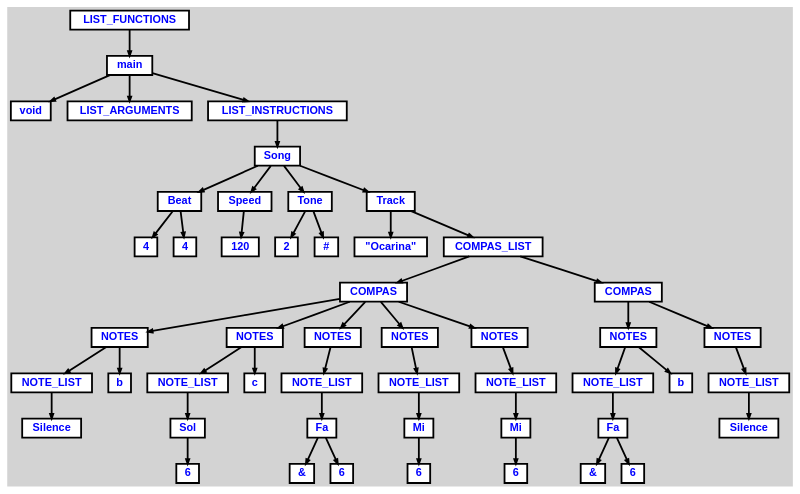
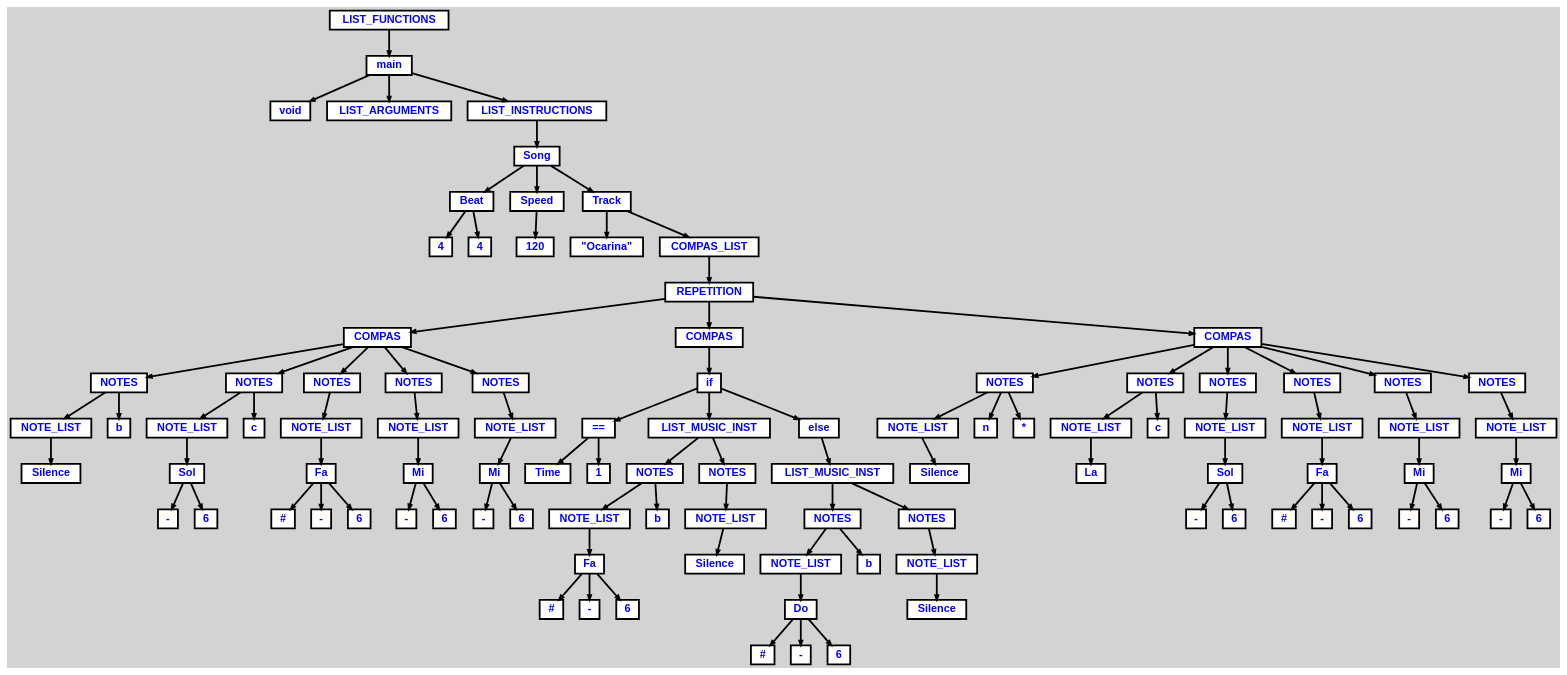
Before and after one commit to mariofv/A-Music-Language: the diagram in tree.dot, drawn with Graphviz. The commit also changed 9 other files, not shown here.

```diff
--- a/tree.dot
+++ b/tree.dot
@@ -22,38 +22,38 @@
   n9 [label="Speed"];
   n9 [label="Speed"];
   n10 [label="120"];
-  n11 [label="Tone"];
-  n11 [label="Tone"];
-  n12 [label="2"];
-  n13 [label="#"];
-  n14 [label="Track"];
-  n14 [label="Track"];
-  n15 [label="\"Ocarina\""];
-  n16 [label="COMPAS_LIST"];
-  n16 [label="COMPAS_LIST"];
-  n17 [label="COMPAS"];
-  n17 [label="COMPAS"];
-  n18 [label="NOTES"];
-  n18 [label="NOTES"];
-  n19 [label="NOTE_LIST"];
-  n19 [label="NOTE_LIST"];
-  n20 [label="Silence"];
-  n21 [label="b"];
-  n22 [label="NOTES"];
-  n22 [label="NOTES"];
-  n23 [label="NOTE_LIST"];
-  n23 [label="NOTE_LIST"];
-  n24 [label="Sol"];
-  n24 [label="Sol"];
-  n25 [label="6"];
-  n26 [label="c"];
-  n27 [label="NOTES"];
-  n27 [label="NOTES"];
-  n28 [label="NOTE_LIST"];
-  n28 [label="NOTE_LIST"];
-  n29 [label="Fa"];
-  n29 [label="Fa"];
-  n30 [label="&"];
+  n11 [label="Track"];
+  n11 [label="Track"];
+  n12 [label="\"Ocarina\""];
+  n13 [label="COMPAS_LIST"];
+  n13 [label="COMPAS_LIST"];
+  n14 [label="REPETITION"];
+  n14 [label="REPETITION"];
+  n15 [label="COMPAS"];
+  n15 [label="COMPAS"];
+  n16 [label="NOTES"];
+  n16 [label="NOTES"];
+  n17 [label="NOTE_LIST"];
+  n17 [label="NOTE_LIST"];
+  n18 [label="Silence"];
+  n19 [label="b"];
+  n20 [label="NOTES"];
+  n20 [label="NOTES"];
+  n21 [label="NOTE_LIST"];
+  n21 [label="NOTE_LIST"];
+  n22 [label="Sol"];
+  n22 [label="Sol"];
+  n23 [label="-"];
+  n24 [label="6"];
+  n25 [label="c"];
+  n26 [label="NOTES"];
+  n26 [label="NOTES"];
+  n27 [label="NOTE_LIST"];
+  n27 [label="NOTE_LIST"];
+  n28 [label="Fa"];
+  n28 [label="Fa"];
+  n29 [label="#"];
+  n30 [label="-"];
   n31 [label="6"];
   n32 [label="NOTES"];
   n32 [label="NOTES"];
@@ -61,30 +61,108 @@
   n33 [label="NOTE_LIST"];
   n34 [label="Mi"];
   n34 [label="Mi"];
-  n35 [label="6"];
-  n36 [label="NOTES"];
-  n36 [label="NOTES"];
-  n37 [label="NOTE_LIST"];
-  n37 [label="NOTE_LIST"];
-  n38 [label="Mi"];
-  n38 [label="Mi"];
-  n39 [label="6"];
-  n40 [label="COMPAS"];
-  n40 [label="COMPAS"];
-  n41 [label="NOTES"];
-  n41 [label="NOTES"];
-  n42 [label="NOTE_LIST"];
-  n42 [label="NOTE_LIST"];
-  n43 [label="Fa"];
-  n43 [label="Fa"];
-  n44 [label="&"];
-  n45 [label="6"];
-  n46 [label="b"];
-  n47 [label="NOTES"];
-  n47 [label="NOTES"];
-  n48 [label="NOTE_LIST"];
-  n48 [label="NOTE_LIST"];
-  n49 [label="Silence"];
+  n35 [label="-"];
+  n36 [label="6"];
+  n37 [label="NOTES"];
+  n37 [label="NOTES"];
+  n38 [label="NOTE_LIST"];
+  n38 [label="NOTE_LIST"];
+  n39 [label="Mi"];
+  n39 [label="Mi"];
+  n40 [label="-"];
+  n41 [label="6"];
+  n42 [label="COMPAS"];
+  n42 [label="COMPAS"];
+  n43 [label="if"];
+  n43 [label="if"];
+  n44 [label="=="];
+  n44 [label="=="];
+  n45 [label="Time"];
+  n46 [label="1"];
+  n47 [label="LIST_MUSIC_INST"];
+  n47 [label="LIST_MUSIC_INST"];
+  n48 [label="NOTES"];
+  n48 [label="NOTES"];
+  n49 [label="NOTE_LIST"];
+  n49 [label="NOTE_LIST"];
+  n50 [label="Fa"];
+  n50 [label="Fa"];
+  n51 [label="#"];
+  n52 [label="-"];
+  n53 [label="6"];
+  n54 [label="b"];
+  n55 [label="NOTES"];
+  n55 [label="NOTES"];
+  n56 [label="NOTE_LIST"];
+  n56 [label="NOTE_LIST"];
+  n57 [label="Silence"];
+  n58 [label="else"];
+  n58 [label="else"];
+  n59 [label="LIST_MUSIC_INST"];
+  n59 [label="LIST_MUSIC_INST"];
+  n60 [label="NOTES"];
+  n60 [label="NOTES"];
+  n61 [label="NOTE_LIST"];
+  n61 [label="NOTE_LIST"];
+  n62 [label="Do"];
+  n62 [label="Do"];
+  n63 [label="#"];
+  n64 [label="-"];
+  n65 [label="6"];
+  n66 [label="b"];
+  n67 [label="NOTES"];
+  n67 [label="NOTES"];
+  n68 [label="NOTE_LIST"];
+  n68 [label="NOTE_LIST"];
+  n69 [label="Silence"];
+  n70 [label="COMPAS"];
+  n70 [label="COMPAS"];
+  n71 [label="NOTES"];
+  n71 [label="NOTES"];
+  n72 [label="NOTE_LIST"];
+  n72 [label="NOTE_LIST"];
+  n73 [label="Silence"];
+  n74 [label="n"];
+  n75 [label="*"];
+  n76 [label="NOTES"];
+  n76 [label="NOTES"];
+  n77 [label="NOTE_LIST"];
+  n77 [label="NOTE_LIST"];
+  n78 [label="La"];
+  n79 [label="c"];
+  n80 [label="NOTES"];
+  n80 [label="NOTES"];
+  n81 [label="NOTE_LIST"];
+  n81 [label="NOTE_LIST"];
+  n82 [label="Sol"];
+  n82 [label="Sol"];
+  n83 [label="-"];
+  n84 [label="6"];
+  n85 [label="NOTES"];
+  n85 [label="NOTES"];
+  n86 [label="NOTE_LIST"];
+  n86 [label="NOTE_LIST"];
+  n87 [label="Fa"];
+  n87 [label="Fa"];
+  n88 [label="#"];
+  n89 [label="-"];
+  n90 [label="6"];
+  n91 [label="NOTES"];
+  n91 [label="NOTES"];
+  n92 [label="NOTE_LIST"];
+  n92 [label="NOTE_LIST"];
+  n93 [label="Mi"];
+  n93 [label="Mi"];
+  n94 [label="-"];
+  n95 [label="6"];
+  n96 [label="NOTES"];
+  n96 [label="NOTES"];
+  n97 [label="NOTE_LIST"];
+  n97 [label="NOTE_LIST"];
+  n98 [label="Mi"];
+  n98 [label="Mi"];
+  n99 [label="-"];
+  n100 [label="6"];
 
   n0 -> n1 // "LIST_FUNCTIONS" -> "main"
   n1 -> n2 // "main" -> "void"
@@ -96,44 +174,95 @@
   n6 -> n8 // "Beat" -> "4"
   n5 -> n9 // "Song" -> "Speed"
   n9 -> n10 // "Speed" -> "120"
-  n5 -> n11 // "Song" -> "Tone"
-  n11 -> n12 // "Tone" -> "2"
-  n11 -> n13 // "Tone" -> "#"
-  n5 -> n14 // "Song" -> "Track"
-  n14 -> n15 // "Track" -> "\"Ocarina\""
-  n14 -> n16 // "Track" -> "COMPAS_LIST"
-  n16 -> n17 // "COMPAS_LIST" -> "COMPAS"
-  n17 -> n18 // "COMPAS" -> "NOTES"
-  n18 -> n19 // "NOTES" -> "NOTE_LIST"
-  n19 -> n20 // "NOTE_LIST" -> "Silence"
-  n18 -> n21 // "NOTES" -> "b"
-  n17 -> n22 // "COMPAS" -> "NOTES"
-  n22 -> n23 // "NOTES" -> "NOTE_LIST"
-  n23 -> n24 // "NOTE_LIST" -> "Sol"
-  n24 -> n25 // "Sol" -> "6"
-  n22 -> n26 // "NOTES" -> "c"
-  n17 -> n27 // "COMPAS" -> "NOTES"
-  n27 -> n28 // "NOTES" -> "NOTE_LIST"
-  n28 -> n29 // "NOTE_LIST" -> "Fa"
-  n29 -> n30 // "Fa" -> "&"
-  n29 -> n31 // "Fa" -> "6"
-  n17 -> n32 // "COMPAS" -> "NOTES"
+  n5 -> n11 // "Song" -> "Track"
+  n11 -> n12 // "Track" -> "\"Ocarina\""
+  n11 -> n13 // "Track" -> "COMPAS_LIST"
+  n13 -> n14 // "COMPAS_LIST" -> "REPETITION"
+  n14 -> n15 // "REPETITION" -> "COMPAS"
+  n15 -> n16 // "COMPAS" -> "NOTES"
+  n16 -> n17 // "NOTES" -> "NOTE_LIST"
+  n17 -> n18 // "NOTE_LIST" -> "Silence"
+  n16 -> n19 // "NOTES" -> "b"
+  n15 -> n20 // "COMPAS" -> "NOTES"
+  n20 -> n21 // "NOTES" -> "NOTE_LIST"
+  n21 -> n22 // "NOTE_LIST" -> "Sol"
+  n22 -> n23 // "Sol" -> "-"
+  n22 -> n24 // "Sol" -> "6"
+  n20 -> n25 // "NOTES" -> "c"
+  n15 -> n26 // "COMPAS" -> "NOTES"
+  n26 -> n27 // "NOTES" -> "NOTE_LIST"
+  n27 -> n28 // "NOTE_LIST" -> "Fa"
+  n28 -> n29 // "Fa" -> "#"
+  n28 -> n30 // "Fa" -> "-"
+  n28 -> n31 // "Fa" -> "6"
+  n15 -> n32 // "COMPAS" -> "NOTES"
   n32 -> n33 // "NOTES" -> "NOTE_LIST"
   n33 -> n34 // "NOTE_LIST" -> "Mi"
-  n34 -> n35 // "Mi" -> "6"
-  n17 -> n36 // "COMPAS" -> "NOTES"
-  n36 -> n37 // "NOTES" -> "NOTE_LIST"
-  n37 -> n38 // "NOTE_LIST" -> "Mi"
-  n38 -> n39 // "Mi" -> "6"
-  n16 -> n40 // "COMPAS_LIST" -> "COMPAS"
-  n40 -> n41 // "COMPAS" -> "NOTES"
-  n41 -> n42 // "NOTES" -> "NOTE_LIST"
-  n42 -> n43 // "NOTE_LIST" -> "Fa"
-  n43 -> n44 // "Fa" -> "&"
-  n43 -> n45 // "Fa" -> "6"
-  n41 -> n46 // "NOTES" -> "b"
-  n40 -> n47 // "COMPAS" -> "NOTES"
-  n47 -> n48 // "NOTES" -> "NOTE_LIST"
-  n48 -> n49 // "NOTE_LIST" -> "Silence"
+  n34 -> n35 // "Mi" -> "-"
+  n34 -> n36 // "Mi" -> "6"
+  n15 -> n37 // "COMPAS" -> "NOTES"
+  n37 -> n38 // "NOTES" -> "NOTE_LIST"
+  n38 -> n39 // "NOTE_LIST" -> "Mi"
+  n39 -> n40 // "Mi" -> "-"
+  n39 -> n41 // "Mi" -> "6"
+  n14 -> n42 // "REPETITION" -> "COMPAS"
+  n42 -> n43 // "COMPAS" -> "if"
+  n43 -> n44 // "if" -> "=="
+  n44 -> n45 // "==" -> "Time"
+  n44 -> n46 // "==" -> "1"
+  n43 -> n47 // "if" -> "LIST_MUSIC_INST"
+  n47 -> n48 // "LIST_MUSIC_INST" -> "NOTES"
+  n48 -> n49 // "NOTES" -> "NOTE_LIST"
+  n49 -> n50 // "NOTE_LIST" -> "Fa"
+  n50 -> n51 // "Fa" -> "#"
+  n50 -> n52 // "Fa" -> "-"
+  n50 -> n53 // "Fa" -> "6"
+  n48 -> n54 // "NOTES" -> "b"
+  n47 -> n55 // "LIST_MUSIC_INST" -> "NOTES"
+  n55 -> n56 // "NOTES" -> "NOTE_LIST"
+  n56 -> n57 // "NOTE_LIST" -> "Silence"
+  n43 -> n58 // "if" -> "else"
+  n58 -> n59 // "else" -> "LIST_MUSIC_INST"
+  n59 -> n60 // "LIST_MUSIC_INST" -> "NOTES"
+  n60 -> n61 // "NOTES" -> "NOTE_LIST"
+  n61 -> n62 // "NOTE_LIST" -> "Do"
+  n62 -> n63 // "Do" -> "#"
+  n62 -> n64 // "Do" -> "-"
+  n62 -> n65 // "Do" -> "6"
+  n60 -> n66 // "NOTES" -> "b"
+  n59 -> n67 // "LIST_MUSIC_INST" -> "NOTES"
+  n67 -> n68 // "NOTES" -> "NOTE_LIST"
+  n68 -> n69 // "NOTE_LIST" -> "Silence"
+  n14 -> n70 // "REPETITION" -> "COMPAS"
+  n70 -> n71 // "COMPAS" -> "NOTES"
+  n71 -> n72 // "NOTES" -> "NOTE_LIST"
+  n72 -> n73 // "NOTE_LIST" -> "Silence"
+  n71 -> n74 // "NOTES" -> "n"
+  n71 -> n75 // "NOTES" -> "*"
+  n70 -> n76 // "COMPAS" -> "NOTES"
+  n76 -> n77 // "NOTES" -> "NOTE_LIST"
+  n77 -> n78 // "NOTE_LIST" -> "La"
+  n76 -> n79 // "NOTES" -> "c"
+  n70 -> n80 // "COMPAS" -> "NOTES"
+  n80 -> n81 // "NOTES" -> "NOTE_LIST"
+  n81 -> n82 // "NOTE_LIST" -> "Sol"
+  n82 -> n83 // "Sol" -> "-"
+  n82 -> n84 // "Sol" -> "6"
+  n70 -> n85 // "COMPAS" -> "NOTES"
+  n85 -> n86 // "NOTES" -> "NOTE_LIST"
+  n86 -> n87 // "NOTE_LIST" -> "Fa"
+  n87 -> n88 // "Fa" -> "#"
+  n87 -> n89 // "Fa" -> "-"
+  n87 -> n90 // "Fa" -> "6"
+  n70 -> n91 // "COMPAS" -> "NOTES"
+  n91 -> n92 // "NOTES" -> "NOTE_LIST"
+  n92 -> n93 // "NOTE_LIST" -> "Mi"
+  n93 -> n94 // "Mi" -> "-"
+  n93 -> n95 // "Mi" -> "6"
+  n70 -> n96 // "COMPAS" -> "NOTES"
+  n96 -> n97 // "NOTES" -> "NOTE_LIST"
+  n97 -> n98 // "NOTE_LIST" -> "Mi"
+  n98 -> n99 // "Mi" -> "-"
+  n98 -> n100 // "Mi" -> "6"
 
 }
```
